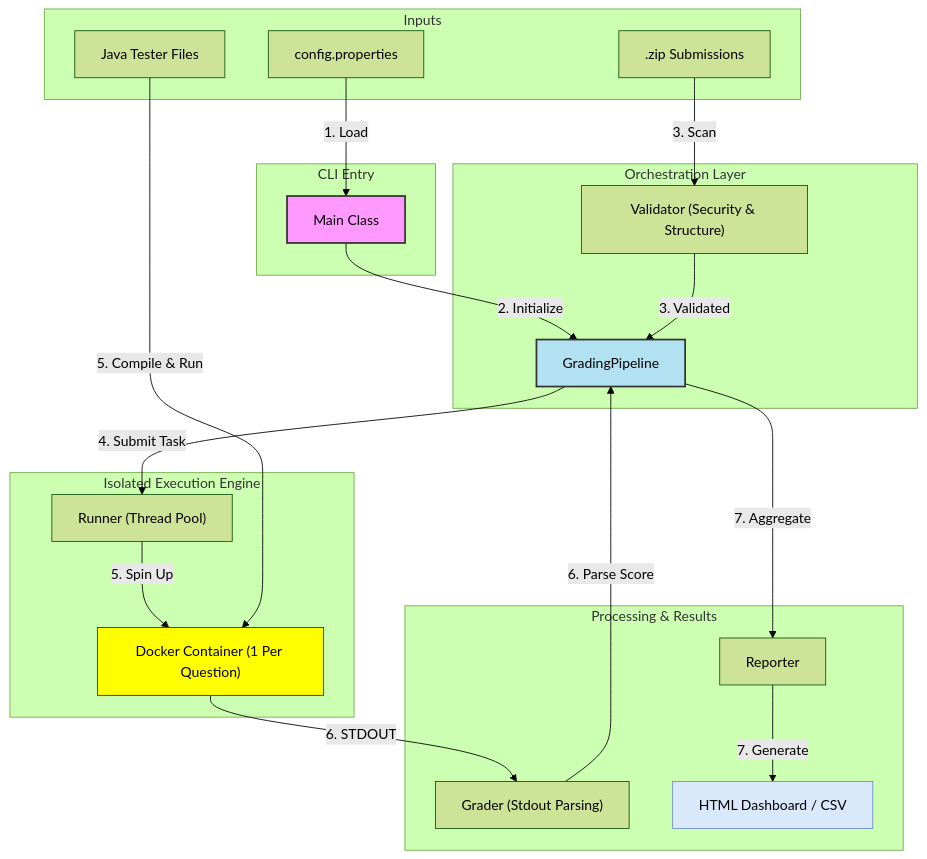
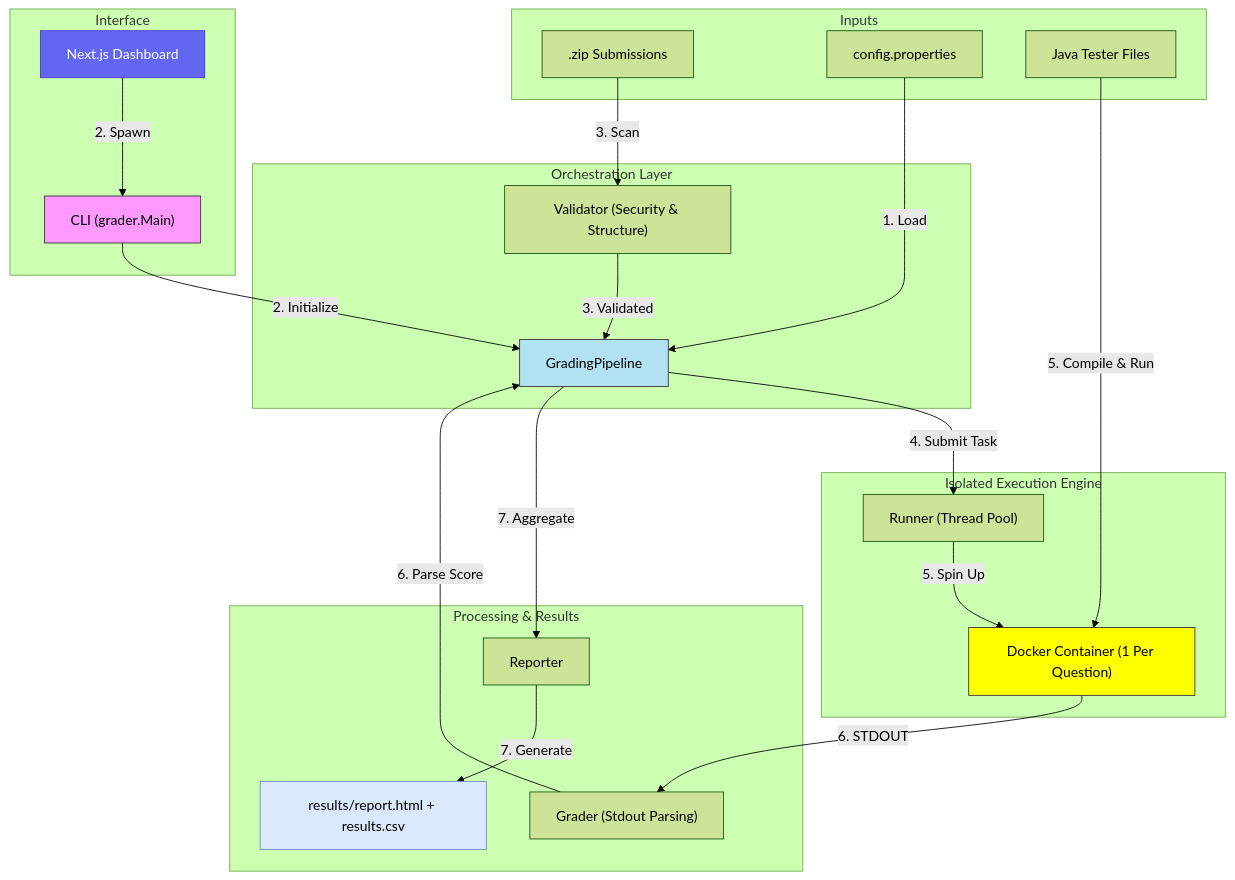
One commit to zek01svg/autograder changed the second of 2 diagrams in README.md. Above: the diagram before and after it, drawn with Mermaid (forest theme). The commit also changed other lines of this file, not shown here.

````diff
--- a/README.md
+++ b/README.md
@@ -140,47 +186,48 @@
 ```mermaid
 flowchart TD
     subgraph Input ["Inputs"]
         ZIPs[".zip Submissions"]
         Config["config.properties"]
         Testers["Java Tester Files"]
     end
 
-    subgraph Entry ["CLI Entry"]
-        Main["Main Class"]
+    subgraph UI ["Interface"]
+        Dashboard["Next.js Dashboard"]
+        CLI["CLI (grader.Main)"]
     end
 
     subgraph Core ["Orchestration Layer"]
         Pipeline["GradingPipeline"]
         Validator["Validator (Security & Structure)"]
     end
 
     subgraph Execution ["Isolated Execution Engine"]
         Runner["Runner (Thread Pool)"]
         Docker["Docker Container (1 Per Question)"]
     end
 
     subgraph Output ["Processing & Results"]
         Grader["Grader (Stdout Parsing)"]
         Reporter["Reporter"]
-        Dashboard["HTML Dashboard / CSV"]
+        Results["results/report.html + results.csv"]
     end
 
-    %% Flow
-    Config -- "1. Load" --> Main
-    Main -- "2. Initialize" --> Pipeline
+    Config -- "1. Load" --> Pipeline
+    Dashboard -- "2. Spawn" --> CLI
+    CLI -- "2. Initialize" --> Pipeline
     ZIPs -- "3. Scan" --> Validator
     Validator -- "3. Validated" --> Pipeline
     Pipeline -- "4. Submit Task" --> Runner
     Runner -- "5. Spin Up" --> Docker
     Testers -- "5. Compile & Run" --> Docker
     Docker -- "6. STDOUT" --> Grader
     Grader -- "6. Parse Score" --> Pipeline
     Pipeline -- "7. Aggregate" --> Reporter
-    Reporter -- "7. Generate" --> Dashboard
+    Reporter -- "7. Generate" --> Results
 
-    %% Styling
-    style Main fill:#f9f,stroke:#333,stroke-width:2px
-    style Pipeline fill:#b2e2f2,stroke:#333,stroke-width:2px
-    style Docker fill:#ffff00,stroke:#333,stroke-width:1px
-    style Dashboard fill:#dae8fc,stroke:#6c8ebf,stroke-width:1px
+    style Dashboard fill:#6366f1,color:#fff,stroke:#4338ca
+    style CLI fill:#f9f,stroke:#333
+    style Pipeline fill:#b2e2f2,stroke:#333
+    style Docker fill:#ffff00,stroke:#333
+    style Results fill:#dae8fc,stroke:#6c8ebf
 ```
````
